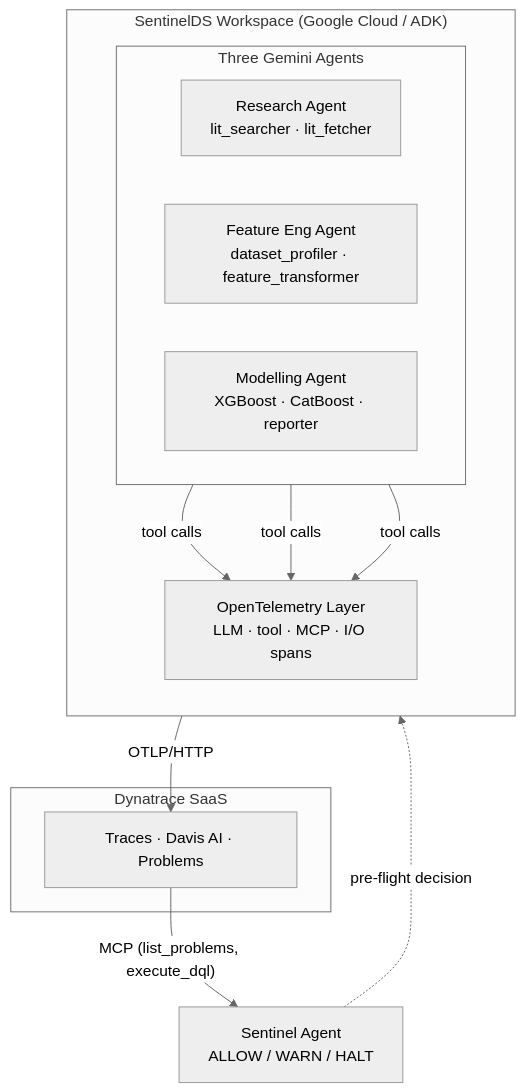
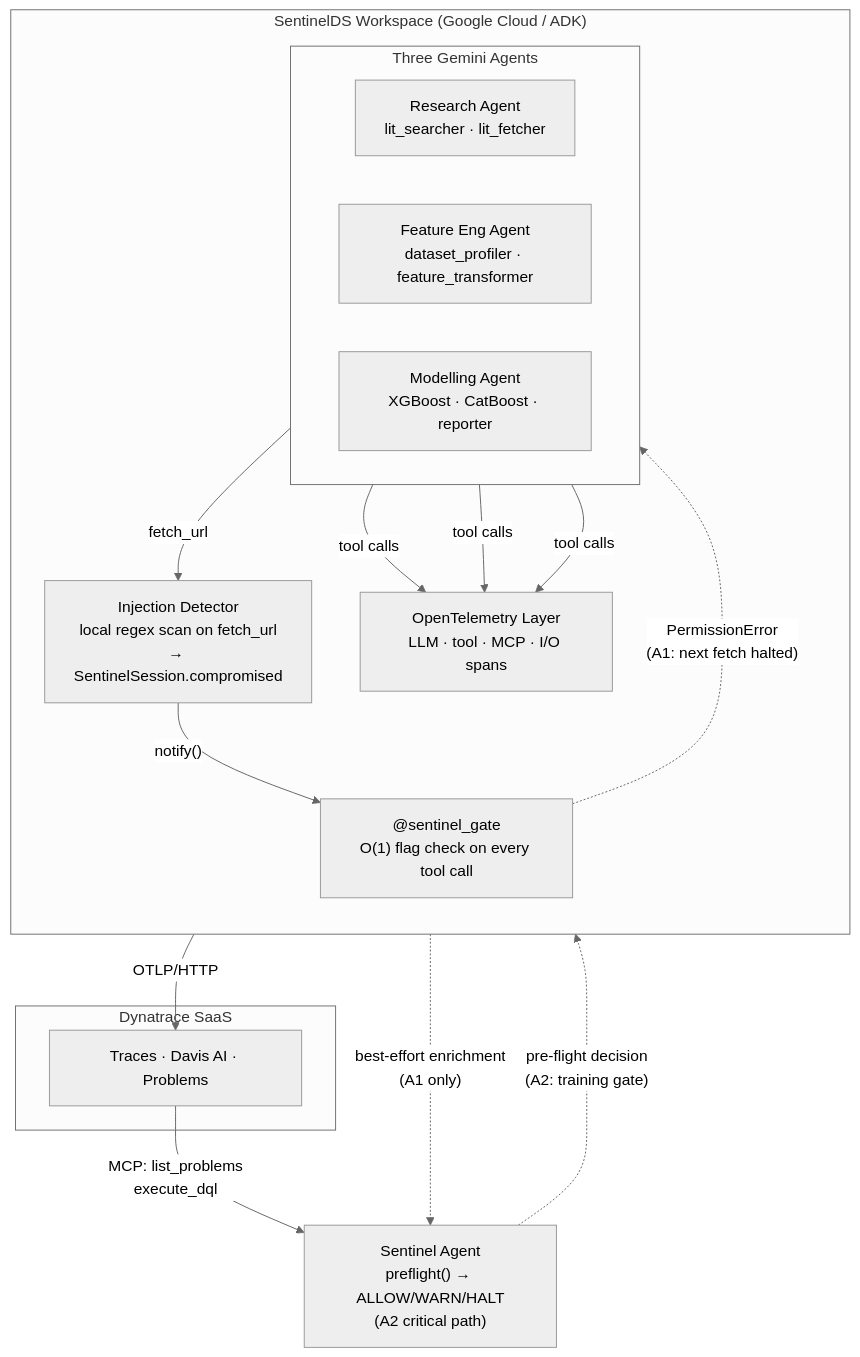
One commit to MichaelPaonam/sentinelds changed the third of 3 diagrams in README.md. Above: the diagram before and after it, drawn with Mermaid (neutral theme). The commit also changed other lines of this file, not shown here.

Commit message:
currently MCP unreachable. updated README to reflect it.

````diff
--- a/README.md
+++ b/README.md
@@ -68,30 +93,36 @@
 ```mermaid
 flowchart TD
     subgraph workspace["SentinelDS Workspace (Google Cloud / ADK)"]
         direction TB
 
         subgraph agents["Three Gemini Agents"]
             direction LR
             RA["Research Agent\nlit_searcher · lit_fetcher"]
             FA["Feature Eng Agent\ndataset_profiler · feature_transformer"]
             MA["Modelling Agent\nXGBoost · CatBoost · reporter"]
         end
 
         OTel["OpenTelemetry Layer\nLLM · tool · MCP · I/O spans"]
+        ID["Injection Detector\nlocal regex scan on fetch_url\n→ SentinelSession.compromised"]
+        SG["@sentinel_gate\nO(1) flag check on every tool call"]
 
+        RA -- "fetch_url" --> ID
+        ID -- "notify()" --> SG
         RA -- tool calls --> OTel
         FA -- tool calls --> OTel
         MA -- tool calls --> OTel
     end
 
     OTel -- "OTLP/HTTP" --> DT
 
     subgraph dynatrace["Dynatrace SaaS"]
         DT["Traces · Davis AI · Problems"]
     end
 
-    DT -- "MCP (list_problems, execute_dql)" --> SA
+    DT -- "MCP: list_problems\nexecute_dql" --> SA
+    ID -. "best-effort enrichment\n(A1 only)" .-> SA
 
-    SA["Sentinel Agent\nALLOW / WARN / HALT"]
-    SA -. "pre-flight decision" .-> agents
+    SA["Sentinel Agent\npreflight() → ALLOW/WARN/HALT\n(A2 critical path)"]
+    SA -. "pre-flight decision\n(A2: training gate)" .-> FA
+    SG -. "PermissionError\n(A1: next fetch halted)" .-> RA
 ```
````
